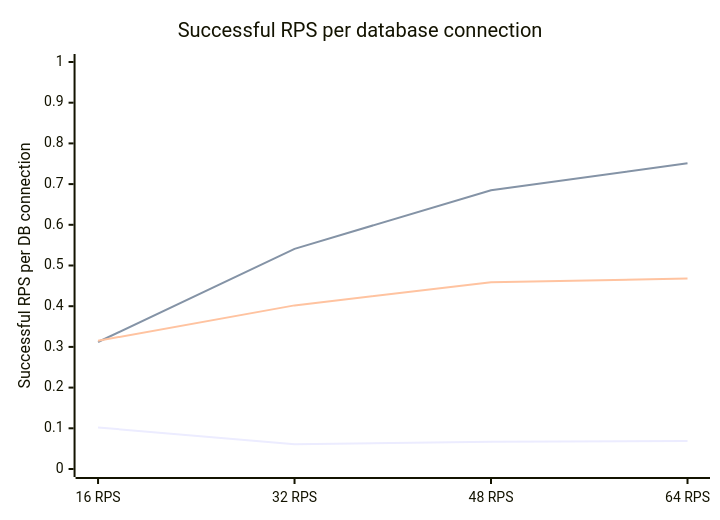
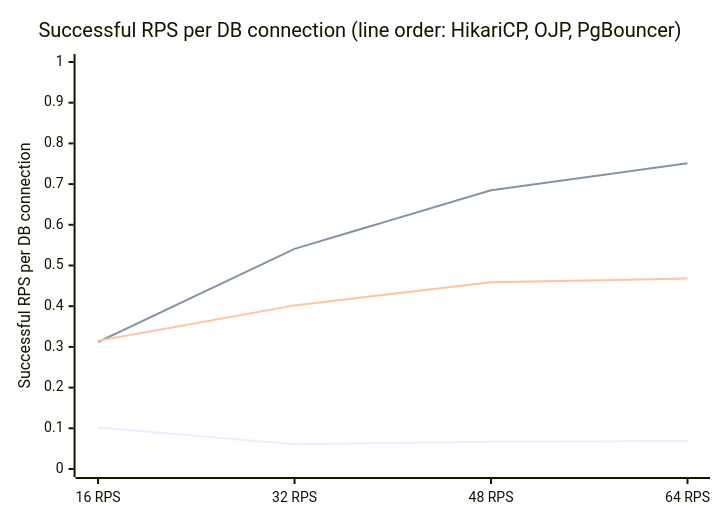
The seventh of 7 diagrams in article.md (rrobetti/stressum), drawn with Mermaid before and after one commit. The commit also changed other lines of this file, not shown here.

````diff
--- a/article.md
+++ b/article.md
@@ -119,9 +169,9 @@
 ```mermaid
 xychart-beta
-    title "Successful RPS per database connection"
+    title "Successful RPS per DB connection (line order: HikariCP, OJP, PgBouncer)"
     x-axis ["16 RPS", "32 RPS", "48 RPS", "64 RPS"]
     y-axis "Successful RPS per DB connection" 0.0 --> 1.0
     line [0.102, 0.061, 0.067, 0.069]
     line [0.312, 0.541, 0.685, 0.751]
     line [0.315, 0.402, 0.459, 0.468]
 ```
````
